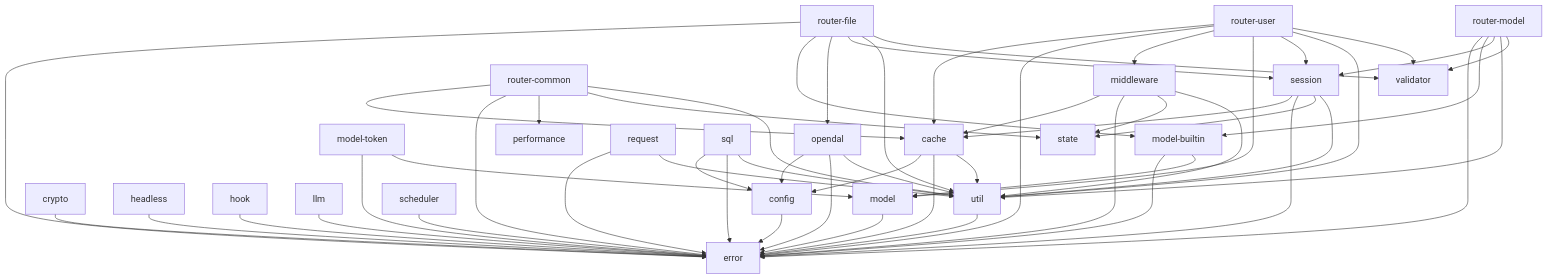
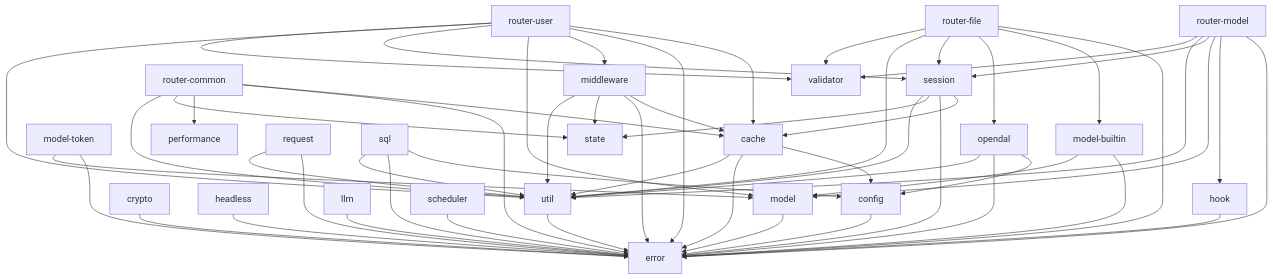
Before and after one commit to vicanso/tibba: the diagram in docs/modules.md, drawn with Mermaid. The commit also changed 17 other files, not shown here.

````diff
--- a/docs/modules.md
+++ b/docs/modules.md
@@ -3,76 +3,77 @@
 ```mermaid
 graph TD
     config --> error
 
     crypto --> error
 
     headless --> error
 
     hook --> error
 
     llm --> error
 
     model --> error
 
     scheduler --> error
 
     util --> error
 
     model-builtin --> error
     model-builtin --> model
 
     model-token --> error
     model-token --> model
 
     cache --> config
     cache --> error
     cache --> util
 
     opendal --> config
     opendal --> error
     opendal --> util
 
     request --> error
     request --> util
 
     sql --> config
     sql --> error
     sql --> util
 
     middleware --> cache
     middleware --> error
     middleware --> state
     middleware --> util
 
     router-common --> cache
     router-common --> error
     router-common --> performance
     router-common --> state
     router-common --> util
 
     session --> cache
     session --> error
     session --> state
     session --> util
 
     router-file --> error
     router-file --> model-builtin
     router-file --> opendal
     router-file --> session
     router-file --> util
     router-file --> validator
 
     router-model --> error
-    router-model --> model-builtin
+    router-model --> hook
+    router-model --> model
     router-model --> session
     router-model --> util
     router-model --> validator
 
     router-user --> cache
     router-user --> error
     router-user --> middleware
     router-user --> model
     router-user --> session
     router-user --> util
     router-user --> validator
 ```
````
